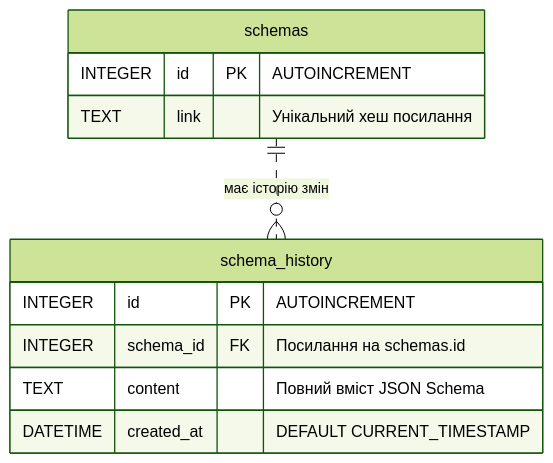
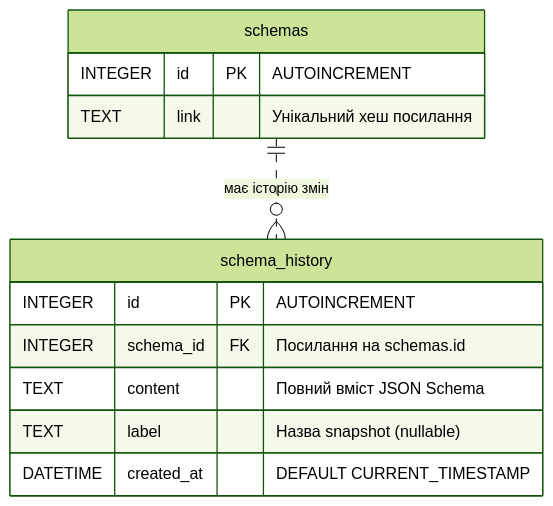
One commit to arturiliushchits/jsontool changed the second of 2 diagrams in standards/spec.md. Above: the diagram before and after it, drawn with Mermaid (forest theme). The commit also changed other lines of this file and 9 other files, not shown here.

````diff
--- a/standards/spec.md
+++ b/standards/spec.md
@@ -124,16 +123,17 @@
 ```mermaid
 erDiagram
     schemas ||..o{ schema_history : "має історію змін"
 
     schemas {
         INTEGER id PK "AUTOINCREMENT"
         TEXT link "Унікальний хеш посилання"
     }
 
     schema_history {
         INTEGER id PK "AUTOINCREMENT"
         INTEGER schema_id FK "Посилання на schemas.id"
         TEXT content "Повний вміст JSON Schema"
+      TEXT label "Назва snapshot (nullable)"
         DATETIME created_at "DEFAULT CURRENT_TIMESTAMP"
     }
 ```
````
